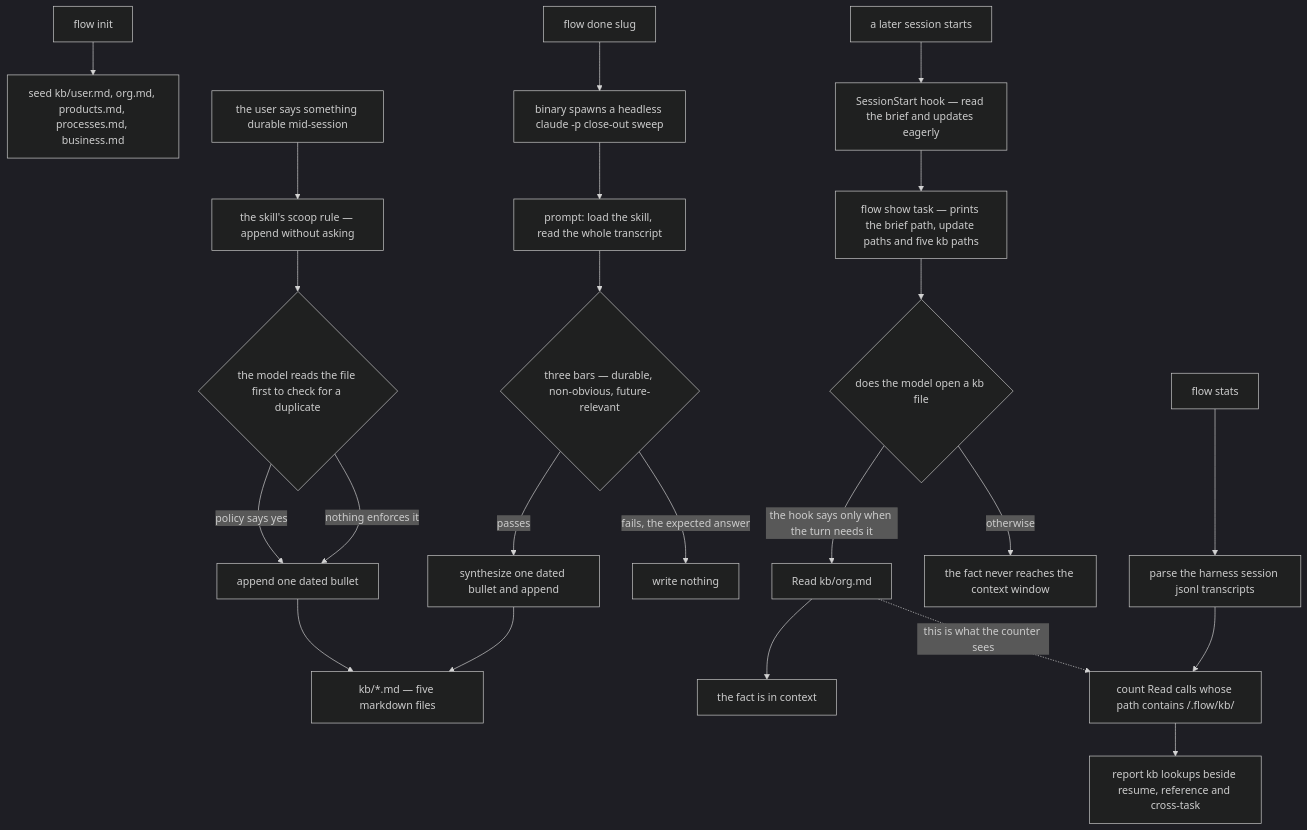
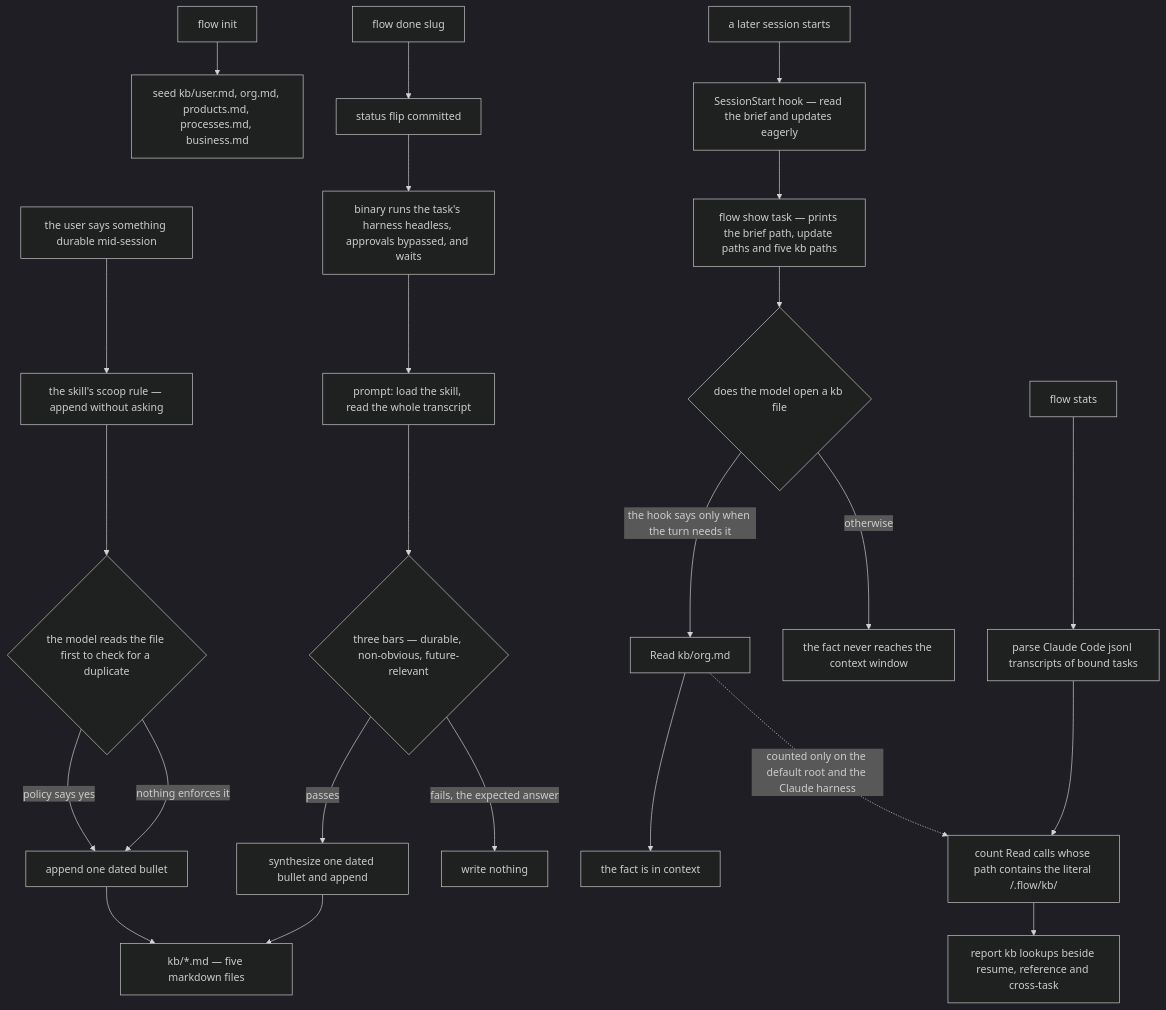
The diagram in content/systems/facets-flow.md (neoneye/agent-memory-atlas), drawn with Mermaid (dark theme) before and after one commit. The commit also changed other lines of this file and 15 other files, not shown here.

First line of the commit message:
Re-read flow at 99efdae: six published claims corrected, no mark moved

````diff
--- a/content/systems/facets-flow.md
+++ b/content/systems/facets-flow.md
@@ -53,29 +61,30 @@
 ```mermaid
-%% caption: everything inside the binary is a path, a prompt or a count — the five knowledge-base files are seeded by init, listed by show, counted by stats and never parsed, so both the write and the read of a durable fact happen inside a model that was asked to follow a policy, and the only feedback loop is the transcript scanner that counts whether the read happened
+%% caption: everything inside the binary is a path, a prompt or a count — the five knowledge-base files are seeded by init, listed by show, counted by stats and never parsed, so both the write and the read of a durable fact happen inside a model that was asked to follow a policy, and the only feedback loop is a transcript scanner that sees Claude Code sessions on the default root
 flowchart TD
   A["flow init"] --> B["seed kb/user.md, org.md, products.md, processes.md, business.md"]
   C["the user says something durable mid-session"] --> D["the skill's scoop rule — append without asking"]
   D --> E{"the model reads the file first to check for a duplicate"}
   E -->|"policy says yes"| F["append one dated bullet"]
   E -->|"nothing enforces it"| F
   F --> G["kb/*.md — five markdown files"]
 
-  H["flow done slug"] --> I["binary spawns a headless claude -p close-out sweep"]
-  I --> J["prompt: load the skill, read the whole transcript"]
+  H["flow done slug"] --> I["status flip committed"]
+  I --> I2["binary runs the task's harness headless, approvals bypassed, and waits"]
+  I2 --> J["prompt: load the skill, read the whole transcript"]
   J --> K{"three bars — durable, non-obvious, future-relevant"}
   K -->|"passes"| L["synthesize one dated bullet and append"]
   K -->|"fails, the expected answer"| M["write nothing"]
   L --> G
 
   N["a later session starts"] --> O["SessionStart hook — read the brief and updates eagerly"]
   O --> P["flow show task — prints the brief path, update paths and five kb paths"]
   P --> Q{"does the model open a kb file"}
   Q -->|"the hook says only when the turn needs it"| R["Read kb/org.md"]
   Q -->|"otherwise"| S["the fact never reaches the context window"]
   R --> T["the fact is in context"]
 
-  U["flow stats"] --> V["parse the harness session jsonl transcripts"]
-  V --> W["count Read calls whose path contains /.flow/kb/"]
+  U["flow stats"] --> V["parse Claude Code jsonl transcripts of bound tasks"]
+  V --> W["count Read calls whose path contains the literal /.flow/kb/"]
   W --> X["report kb lookups beside resume, reference and cross-task"]
-  R -.->|"this is what the counter sees"| W
+  R -.->|"counted only on the default root and the Claude harness"| W
 ```
````
